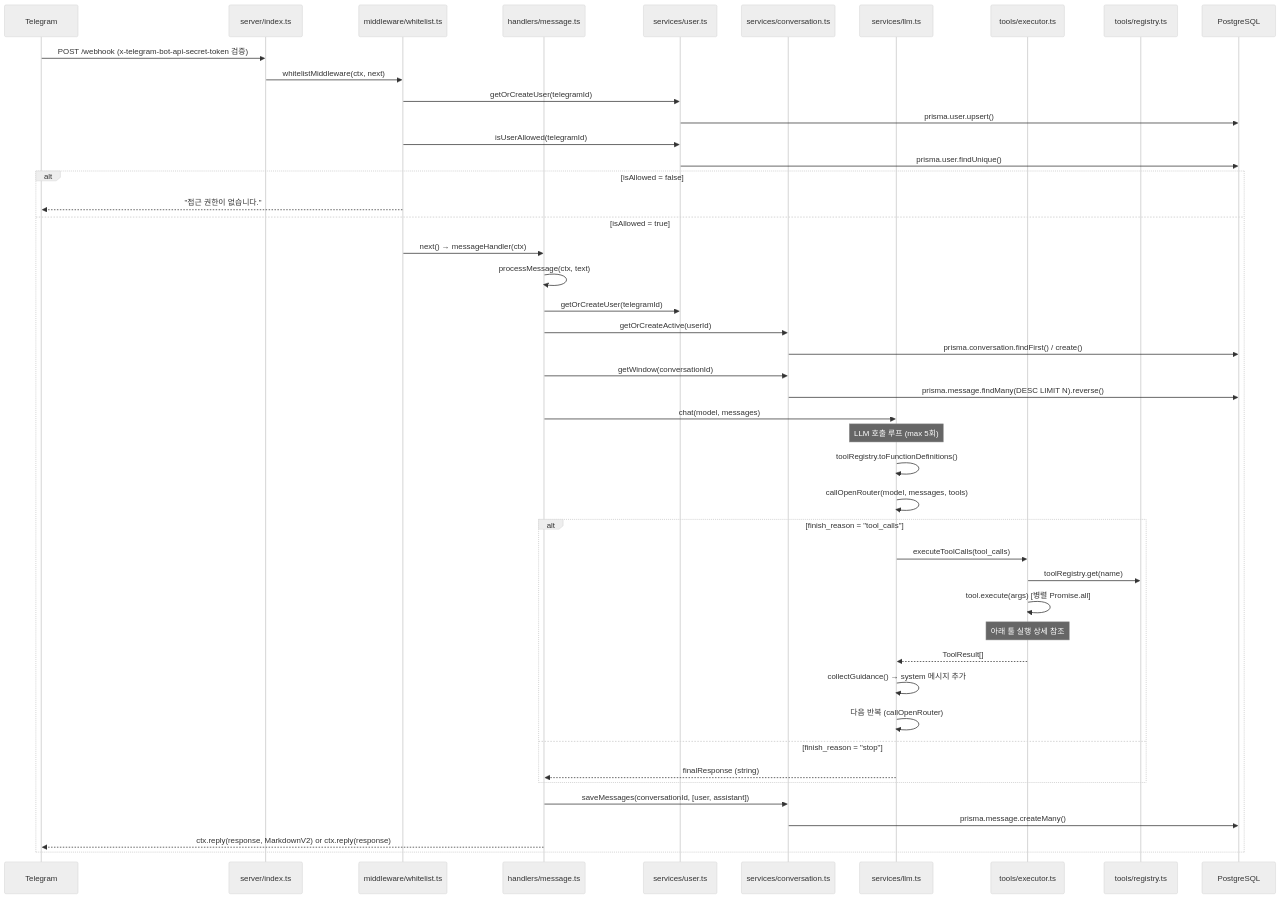
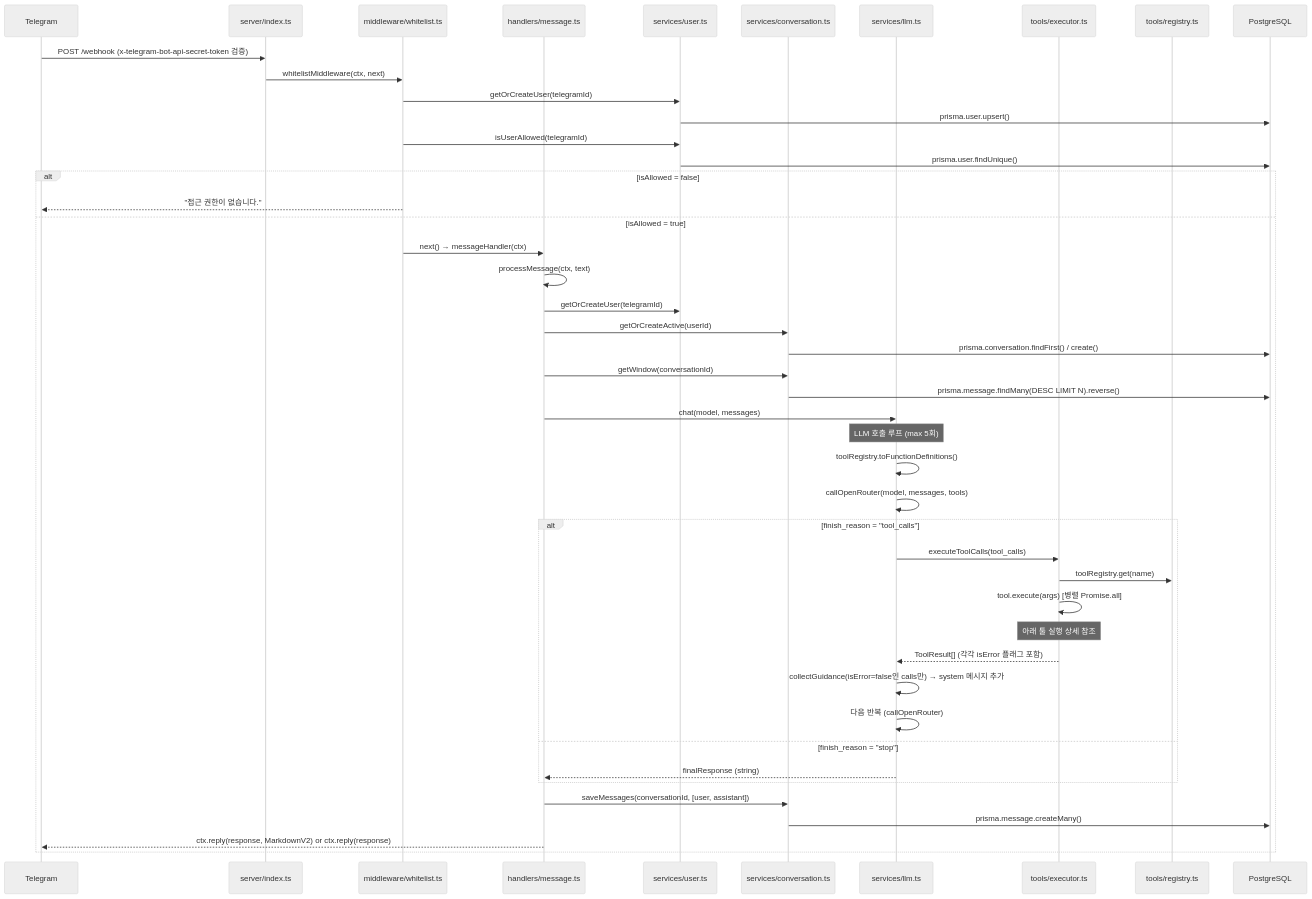
One commit to cutefly/chatbot-project changed the third of 9 diagrams in docs/architecture.md. Above: the diagram before and after it, drawn with Mermaid (neutral theme). The commit also changed other lines of this file and 5 other files, not shown here.

First line of the commit message:
feat: MCP-aligned structured tool results with isError flag

````diff
--- a/docs/architecture.md
+++ b/docs/architecture.md
@@ -82,49 +82,49 @@
 ```mermaid
 sequenceDiagram
     participant TG as Telegram
     participant S as server/index.ts
     participant WL as middleware/whitelist.ts
     participant MH as handlers/message.ts
     participant US as services/user.ts
     participant CS as services/conversation.ts
     participant LLM as services/llm.ts
     participant EX as tools/executor.ts
     participant TR as tools/registry.ts
     participant DB as PostgreSQL
 
     TG->>S: POST /webhook (x-telegram-bot-api-secret-token 검증)
     S->>WL: whitelistMiddleware(ctx, next)
     WL->>US: getOrCreateUser(telegramId)
     US->>DB: prisma.user.upsert()
     WL->>US: isUserAllowed(telegramId)
     US->>DB: prisma.user.findUnique()
     alt isAllowed = false
         WL-->>TG: "접근 권한이 없습니다."
     else isAllowed = true
         WL->>MH: next() → messageHandler(ctx)
         MH->>MH: processMessage(ctx, text)
         MH->>US: getOrCreateUser(telegramId)
         MH->>CS: getOrCreateActive(userId)
         CS->>DB: prisma.conversation.findFirst() / create()
         MH->>CS: getWindow(conversationId)
         CS->>DB: prisma.message.findMany(DESC LIMIT N).reverse()
         MH->>LLM: chat(model, messages)
         Note over LLM: LLM 호출 루프 (max 5회)
         LLM->>LLM: toolRegistry.toFunctionDefinitions()
         LLM->>LLM: callOpenRouter(model, messages, tools)
         alt finish_reason = "tool_calls"
             LLM->>EX: executeToolCalls(tool_calls)
             EX->>TR: toolRegistry.get(name)
             EX->>EX: tool.execute(args) [병렬 Promise.all]
             Note over EX: 아래 툴 실행 상세 참조
-            EX-->>LLM: ToolResult[]
-            LLM->>LLM: collectGuidance() → system 메시지 추가
+            EX-->>LLM: ToolResult[] (각각 isError 플래그 포함)
+            LLM->>LLM: collectGuidance(isError=false인 calls만) → system 메시지 추가
             LLM->>LLM: 다음 반복 (callOpenRouter)
         else finish_reason = "stop"
             LLM-->>MH: finalResponse (string)
         end
         MH->>CS: saveMessages(conversationId, [user, assistant])
         CS->>DB: prisma.message.createMany()
         MH-->>TG: ctx.reply(response, MarkdownV2) or ctx.reply(response)
     end
 ```
````
